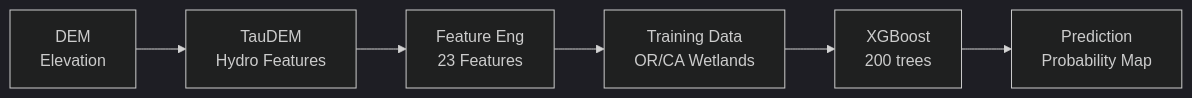
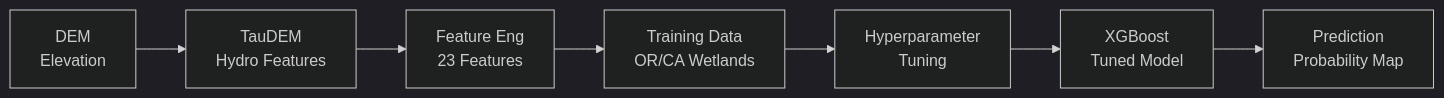
Before and after one commit to RaiderSoft/Lost-Meadows: the diagram in README.md, drawn with Mermaid (dark theme). The commit also changed other lines of this file and 6 other files, not shown here.

Commit message:
Auto Hyperparameter Tuning

````diff
--- a/README.md
+++ b/README.md
@@ -68,8 +68,9 @@
 ```mermaid
 graph LR
     A[DEM<br/>Elevation] --> B[TauDEM<br/>Hydro Features]
     B --> C[Feature Eng<br/>23 Features]
     C --> D[Training Data<br/>OR/CA Wetlands]
-    D --> E[XGBoost<br/>200 trees]
-    E --> F[Prediction<br/>Probability Map]
+    D --> E[Hyperparameter<br/>Tuning]
+    E --> F[XGBoost<br/>Tuned Model]
+    F --> G[Prediction<br/>Probability Map]
 ```
````
